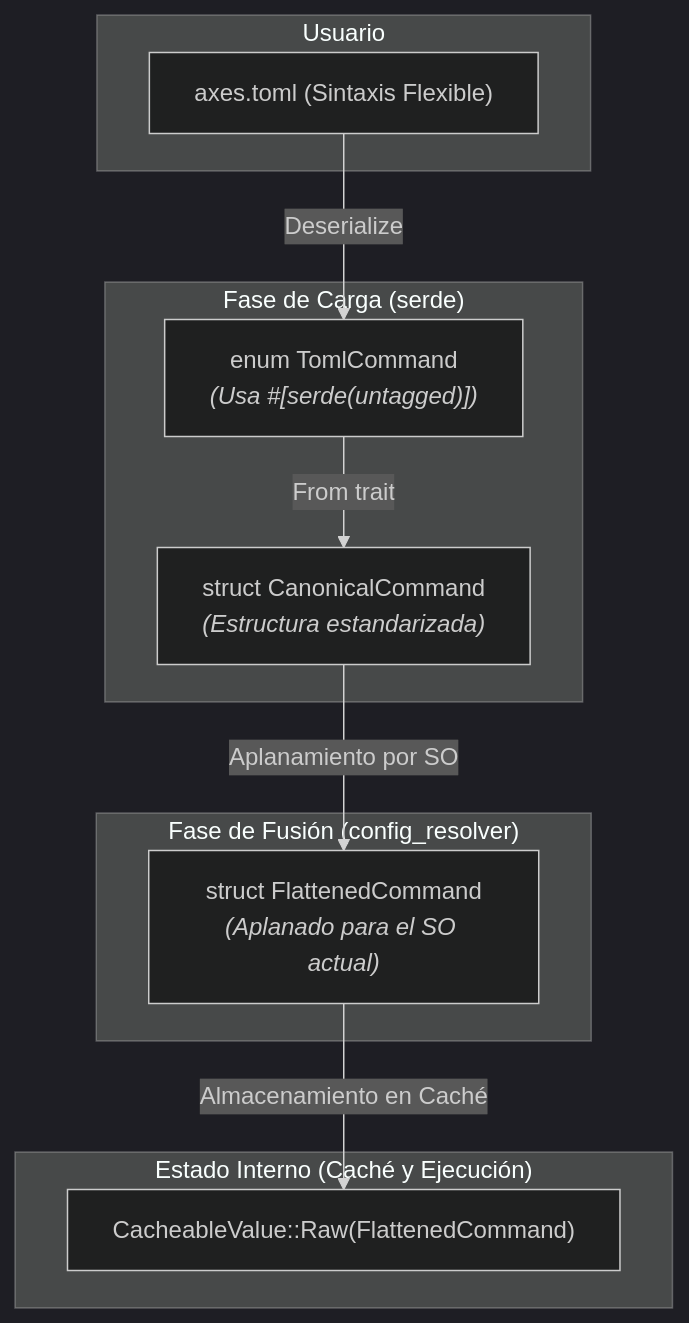
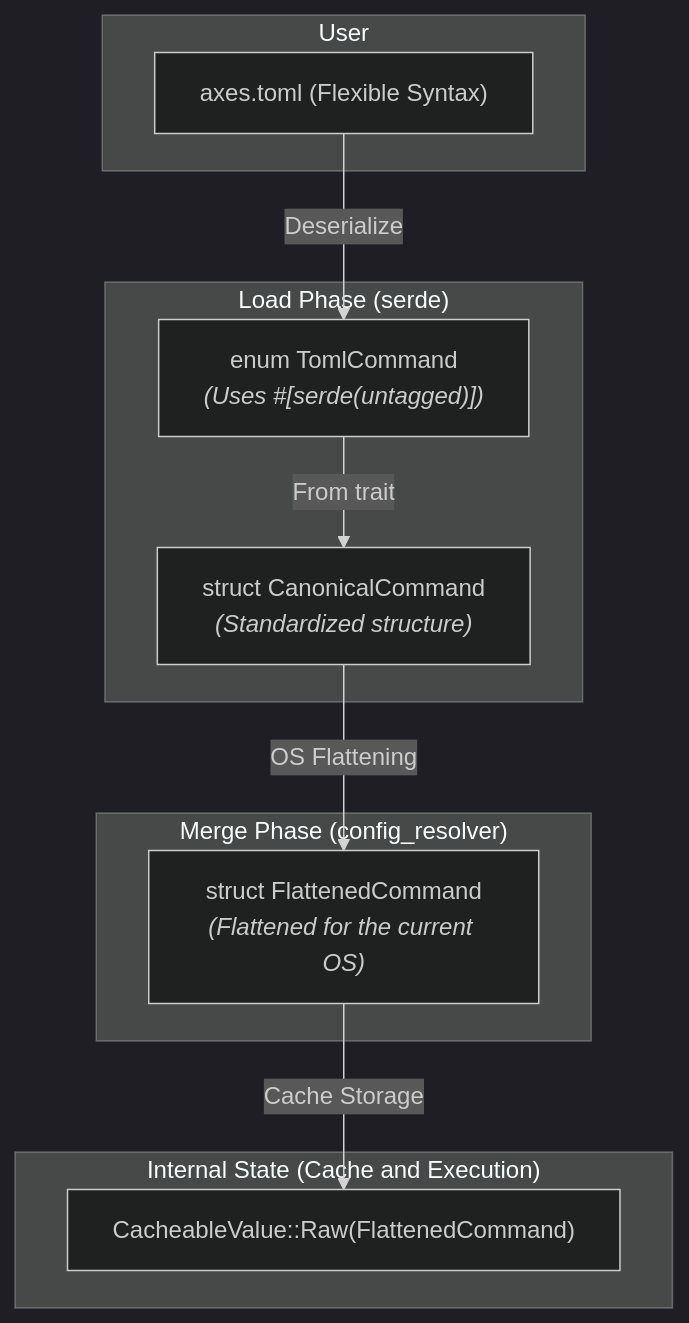
Before and after one commit to RetypeOS/axes: the second of 7 diagrams in TECNICAL.md, drawn with Mermaid (dark theme). The commit also changed other lines of this file and 14 other files, not shown here.

````diff
--- a/TECNICAL.md
+++ b/TECNICAL.md
@@ -96,24 +103,24 @@
     ```mermaid
     graph TD
-        subgraph "Usuario"
-            A["axes.toml (Sintaxis Flexible)"];
+        subgraph "User"
+            A["axes.toml (Flexible Syntax)"];
         end
 
-        subgraph "Fase de Carga (serde)"
-            B["enum TomlCommand<br><i>(Usa #[serde(untagged)])</i>"];
-            C["struct CanonicalCommand<br><i>(Estructura estandarizada)</i>"];
+        subgraph "Load Phase (serde)"
+            B["enum TomlCommand<br><i>(Uses #[serde(untagged)])</i>"];
+            C["struct CanonicalCommand<br><i>(Standardized structure)</i>"];
         end
         
-        subgraph "Fase de Fusión (config_resolver)"
-            D["struct FlattenedCommand<br><i>(Aplanado para el SO actual)</i>"];
+        subgraph "Merge Phase (config_resolver)"
+            D["struct FlattenedCommand<br><i>(Flattened for the current OS)</i>"];
         end
 
-        subgraph "Estado Interno (Caché y Ejecución)"
+        subgraph "Internal State (Cache and Execution)"
             E["CacheableValue::Raw(FlattenedCommand)"];
         end
 
         A --"Deserialize"--> B;
         B --"From trait"--> C;
-        C --"Aplanamiento por SO"--> D;
-        D --"Almacenamiento en Caché"--> E;
+        C --"OS Flattening"--> D;
+        D --"Cache Storage"--> E;
     ```
````
